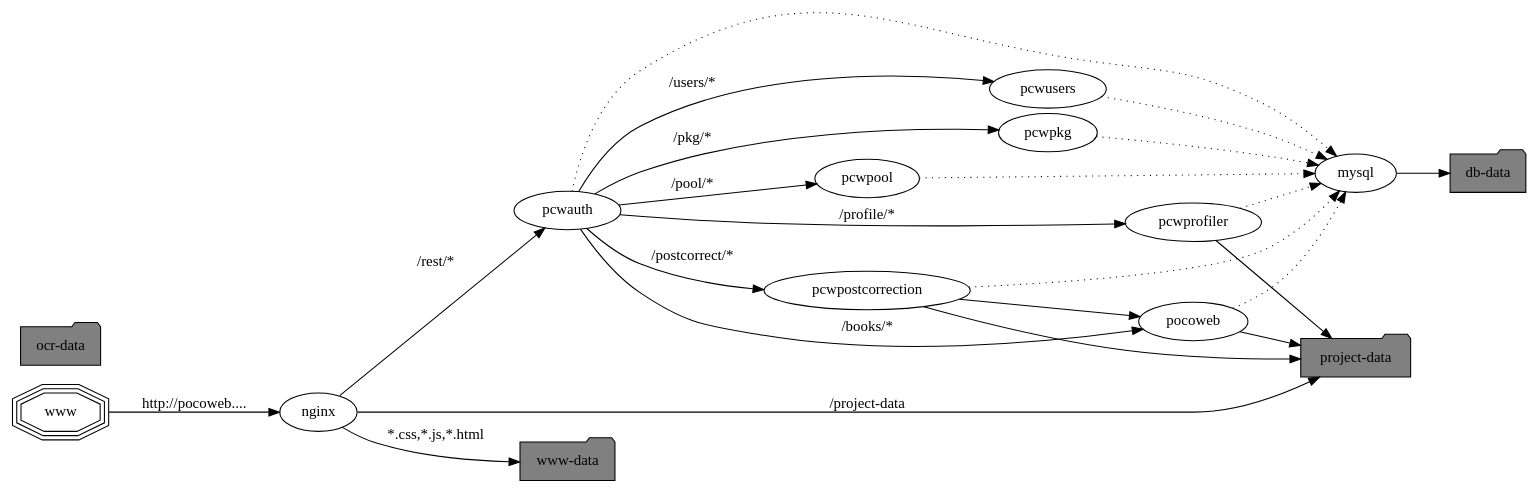
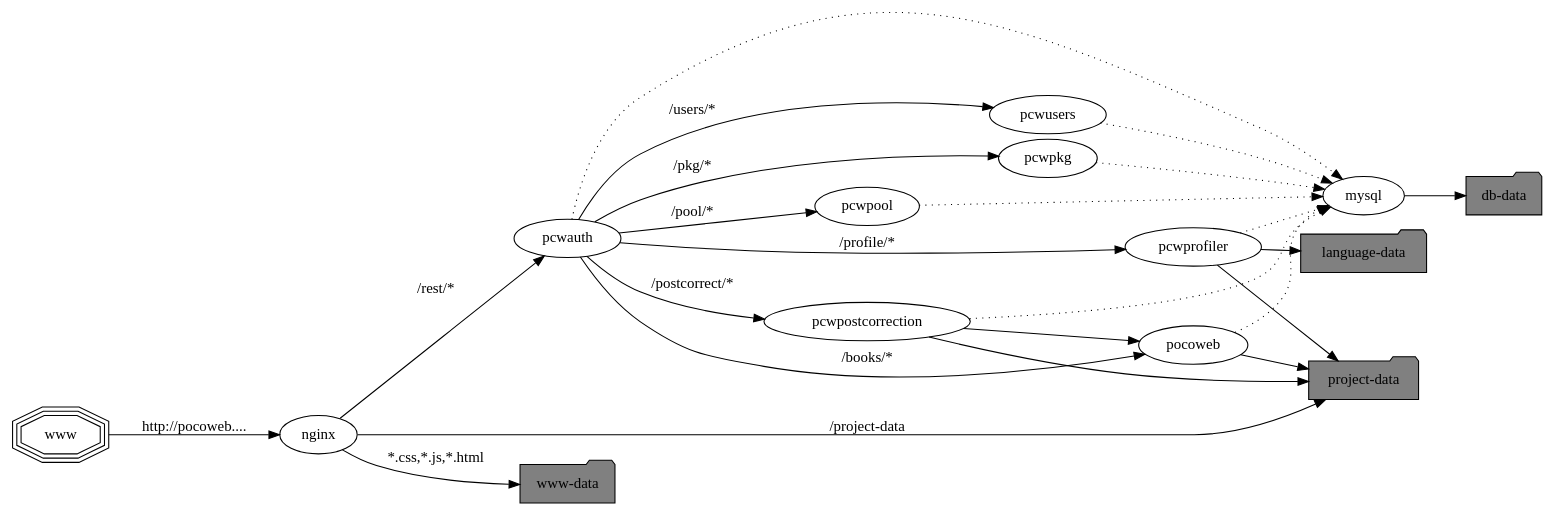
One commit to cisocrgroup/pocoweb changed the diagram in frontend/public_html/assets/images/doc/overview.dot. Above: the diagram before and after it, drawn with Graphviz. The commit also changed 1 other file, not shown here.

```diff
--- a/frontend/public_html/assets/images/doc/overview.dot
+++ b/frontend/public_html/assets/images/doc/overview.dot
@@ -1,40 +1,42 @@
 digraph ov {
  rankdir=LR;
  www [shape=tripleoctagon]
  nginx
  pocoweb
  mysql
  pcwauth
  pcwusers
  pcwprofiler
  pcwpostcorrection
  pcwpkg
  pcwpool
  wwwd [label="www-data" shape=folder fillcolor=gray style=filled]
  projectd [label="project-data" shape=folder fillcolor=gray style=filled]
- ocrd [label="ocr-data" shape=folder fillcolor=gray style=filled]
+ languaged [label="language-data" shape=folder fillcolor=gray style=filled]
+ /*ocrd [label="ocr-data" shape=folder fillcolor=gray style=filled]*/
  dbd [label="db-data" shape=folder fillcolor=gray style=filled]
 
  www -> nginx [label="http://pocoweb...."]
  nginx -> pcwauth [label="/rest/*"]
  nginx -> projectd [label="/project-data"]
  nginx -> wwwd [label="*.css,*.js,*.html"]
  pocoweb -> mysql [style=dotted]
  pocoweb -> projectd
  pcwauth -> pocoweb [label="/books/*"]
  pcwauth -> pcwusers [label="/users/*"]
  pcwauth -> pcwprofiler [label="/profile/*"]
  pcwauth -> pcwpostcorrection [label="/postcorrect/*"]
  pcwauth -> pcwpkg [label="/pkg/*"]
  pcwauth -> pcwpool [label="/pool/*"]
  pcwauth -> mysql [style=dotted]
+ pcwprofiler -> languaged
  pcwprofiler -> projectd
  pcwprofiler -> mysql [style=dotted]
  pcwpostcorrection -> projectd
  pcwpostcorrection -> pocoweb
  pcwpostcorrection -> mysql [style=dotted]
  pcwusers -> mysql [style=dotted]
  mysql -> dbd
  pcwpkg -> mysql [style=dotted]
  pcwpool -> mysql [style=dotted]
 }
```
